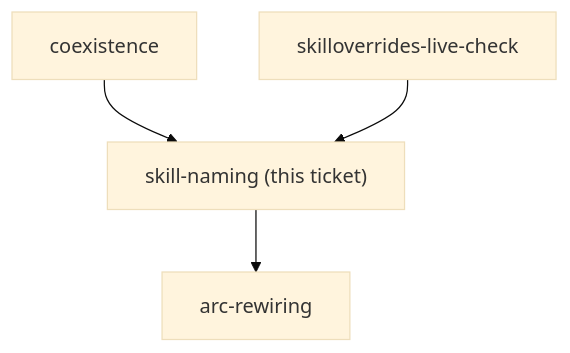
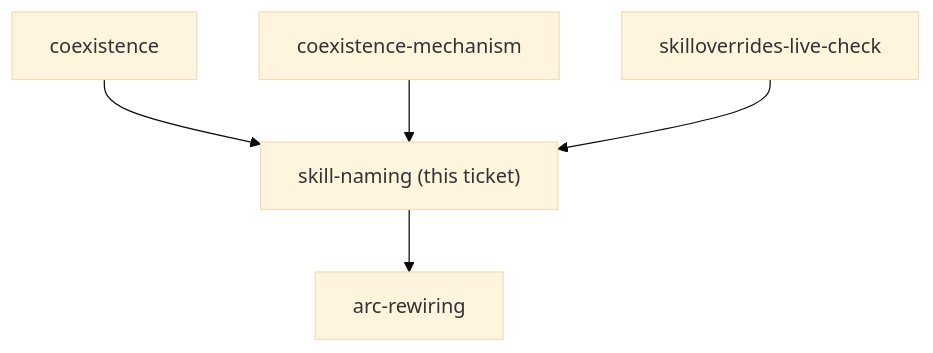
One commit to ThodsaphonSonthiphin/workflow-daily-work changed the diagram in docs/decision-map/superpowers-review-to-scrutinize/tickets/skill-naming.md. Above: the diagram before and after it, drawn with Mermaid (base theme). The commit also changed other lines of this file and 7 other files, not shown here.

````diff
--- a/docs/decision-map/superpowers-review-to-scrutinize/tickets/skill-naming.md
+++ b/docs/decision-map/superpowers-review-to-scrutinize/tickets/skill-naming.md
@@ -12,7 +12,8 @@
 ```mermaid
 graph TD
     ME["skill-naming (this ticket)"]
     P0["coexistence"] --> ME
-    P1["skilloverrides-live-check"] --> ME
+    P1["coexistence-mechanism"] --> ME
+    P2["skilloverrides-live-check"] --> ME
     ME --> C0["arc-rewiring"]
 ```
````
